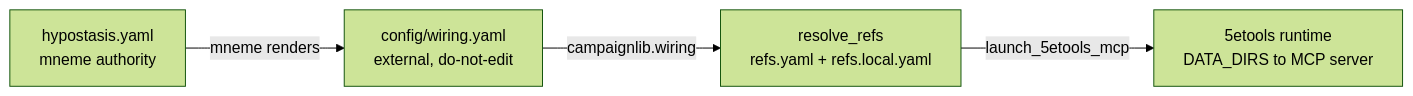
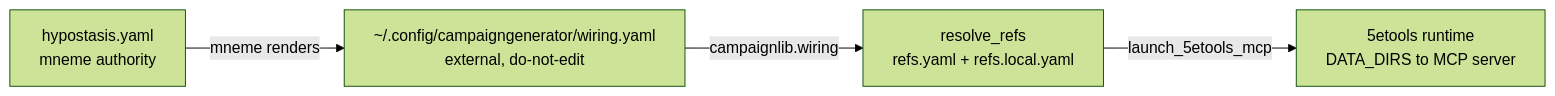
Before and after one commit to kostadis/mneme: the diagram in docs/architecture/config-wiring-graph.md, drawn with Mermaid (forest theme). The commit also changed other lines of this file and 2 other files, not shown here.

Commit message:
Render CampaignGenerator wiring to user config path (#494)

````diff
--- a/docs/architecture/config-wiring-graph.md
+++ b/docs/architecture/config-wiring-graph.md
@@ -11,6 +11,6 @@
 ```mermaid
 flowchart LR
-  H["hypostasis.yaml<br/>mneme authority"] -->|mneme renders| W["config/wiring.yaml<br/>external, do-not-edit"]
+  H["hypostasis.yaml<br/>mneme authority"] -->|mneme renders| W["~/.config/campaigngenerator/wiring.yaml<br/>external, do-not-edit"]
   W -->|campaignlib.wiring| R["resolve_refs<br/>refs.yaml + refs.local.yaml"]
   R -->|launch_5etools_mcp| RT["5etools runtime<br/>DATA_DIRS to MCP server"]
 ```
````
